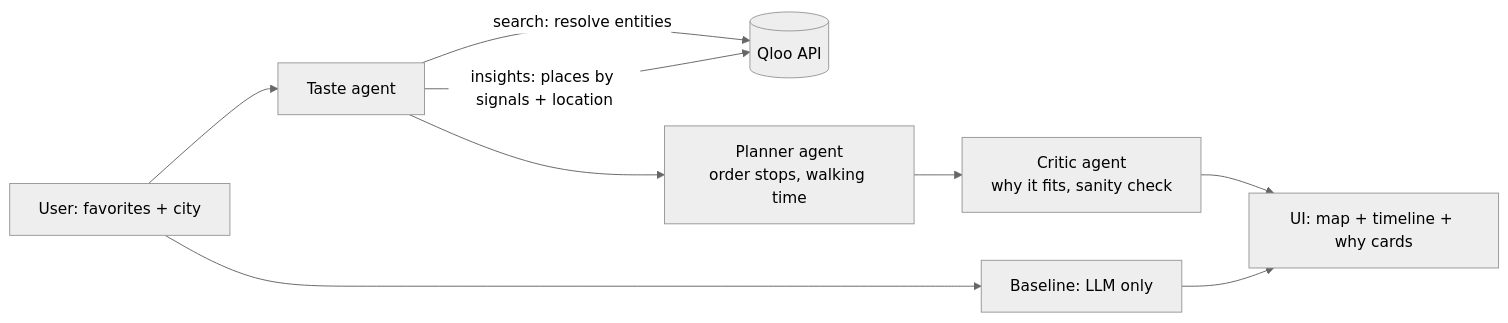
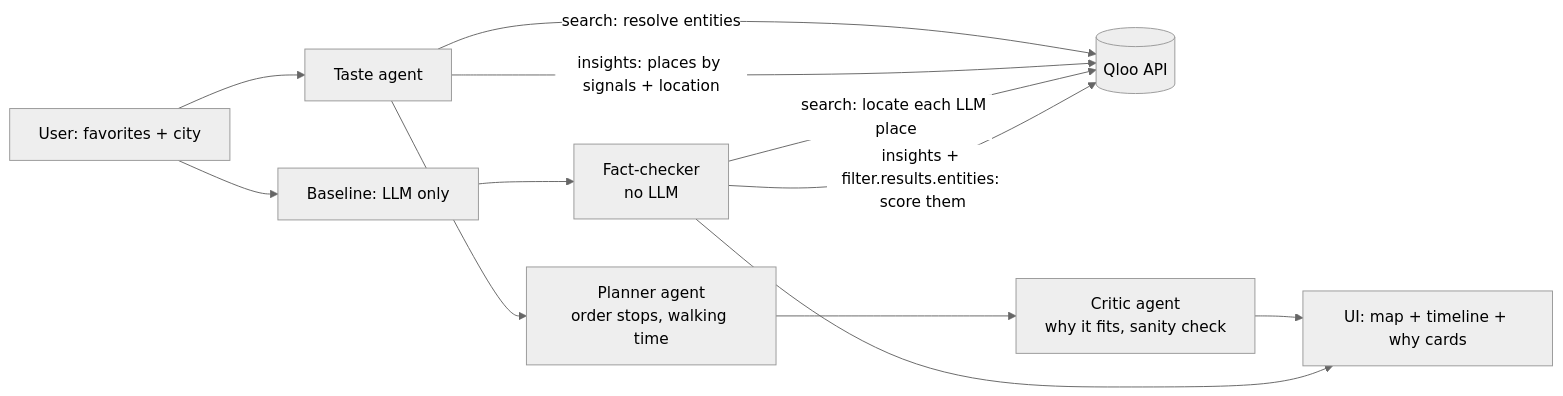
The diagram in docs/architecture.md (atabak-eghbal/tastewalk), drawn with Mermaid (neutral theme) before and after one commit. The commit also changed other lines of this file and 4 other files, not shown here.

Commit message:
Docs: README and Devpost rewrite around the fact-check, results file, hero image

````diff
--- a/docs/architecture.md
+++ b/docs/architecture.md
@@ -3,11 +3,14 @@
 ```mermaid
 flowchart LR
     U[User: favorites + city] --> T[Taste agent]
     T -->|search: resolve entities| Q[(Qloo API)]
     T -->|insights: places by signals + location| Q
     T --> P[Planner agent<br/>order stops, walking time]
     P --> C[Critic agent<br/>why it fits, sanity check]
     C --> UI[UI: map + timeline + why cards]
     U --> B[Baseline: LLM only]
-    B --> UI
+    B --> F[Fact-checker<br/>no LLM]
+    F -->|search: locate each LLM place| Q
+    F -->|insights + filter.results.entities: score them| Q
+    F --> UI
 ```
````
